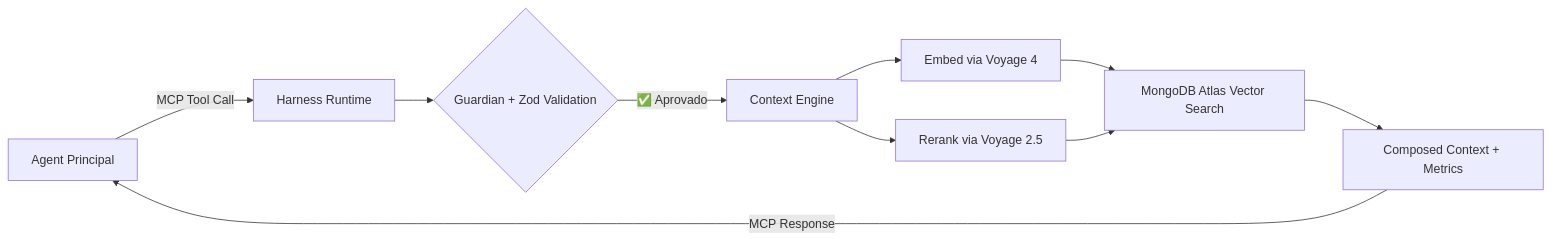
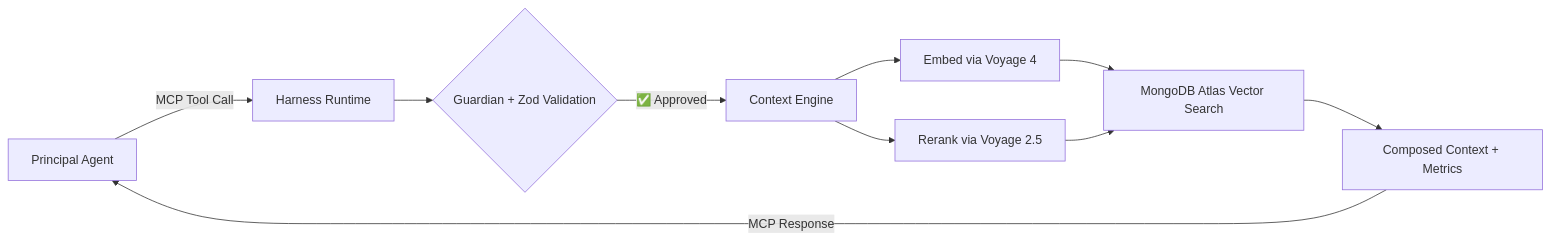
One commit to MachiTwo/MachiOnCoffee changed the diagram in content/docs/vectora/_index.en.md. Above: the diagram before and after it, drawn with Mermaid. The commit also changed other lines of this file, not shown here.

````diff
--- a/content/docs/vectora/_index.en.md
+++ b/content/docs/vectora/_index.en.md
@@ -37,12 +37,12 @@
 ```mermaid
 graph LR
-    A[Agent Principal] -->|MCP Tool Call| B[Harness Runtime]
+    A[Principal Agent] -->|MCP Tool Call| B[Harness Runtime]
     B --> C{Guardian + Zod Validation}
-    C -->|✅ Aprovado| D[Context Engine]
+    C -->|✅ Approved| D[Context Engine]
     D --> E[Embed via Voyage 4]
     D --> F[Rerank via Voyage 2.5]
     E --> G[MongoDB Atlas Vector Search]
     F --> G
     G --> H[Composed Context + Metrics]
     H -->|MCP Response| A
 ```
````
